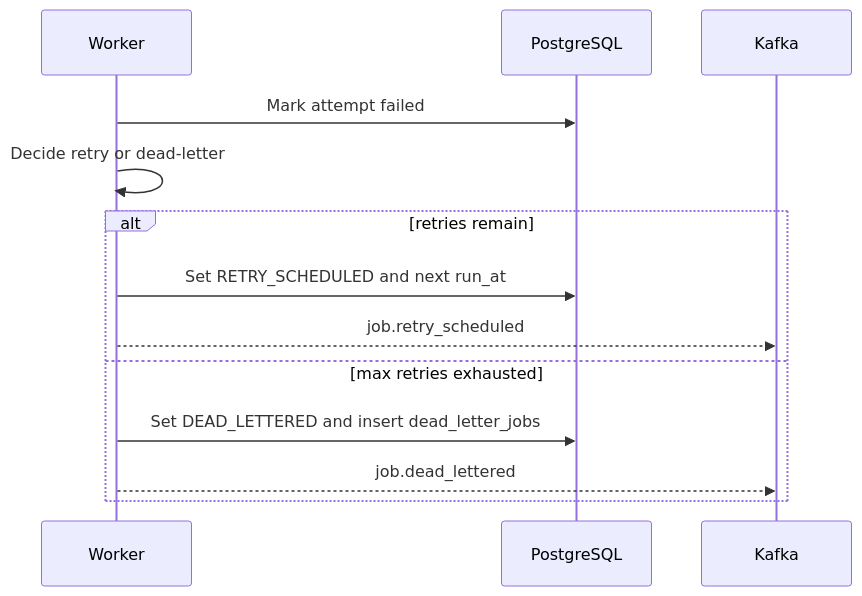
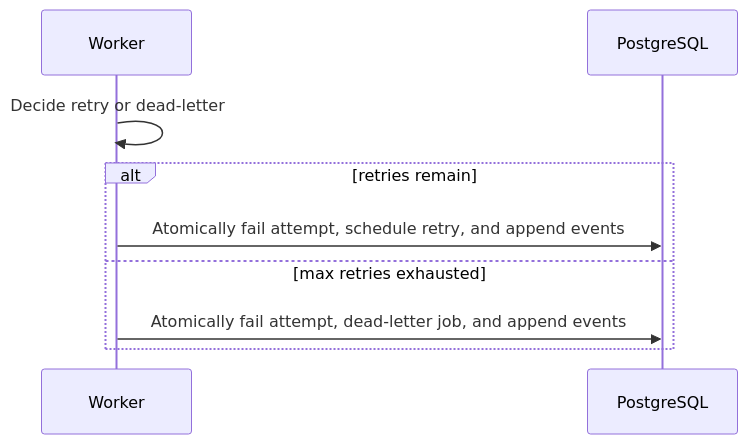
The third of 3 diagrams in docs/system-design/job-lifecycle.md (bhanu-teja2/distributed-job-scheduler), drawn with Mermaid before and after one commit. The commit also changed other lines of this file and 62 other files, not shown here.

Commit message:
docs: add implementation guide and architecture notes

````diff
--- a/docs/system-design/job-lifecycle.md
+++ b/docs/system-design/job-lifecycle.md
@@ -44,15 +42,11 @@
 ```mermaid
 sequenceDiagram
     participant W as Worker
     participant DB as PostgreSQL
-    participant K as Kafka
-    W->>DB: Mark attempt failed
     W->>W: Decide retry or dead-letter
     alt retries remain
-        W->>DB: Set RETRY_SCHEDULED and next run_at
-        W-->>K: job.retry_scheduled
+        W->>DB: Atomically fail attempt, schedule retry, and append events
     else max retries exhausted
-        W->>DB: Set DEAD_LETTERED and insert dead_letter_jobs
-        W-->>K: job.dead_lettered
+        W->>DB: Atomically fail attempt, dead-letter job, and append events
     end
 ```
````
